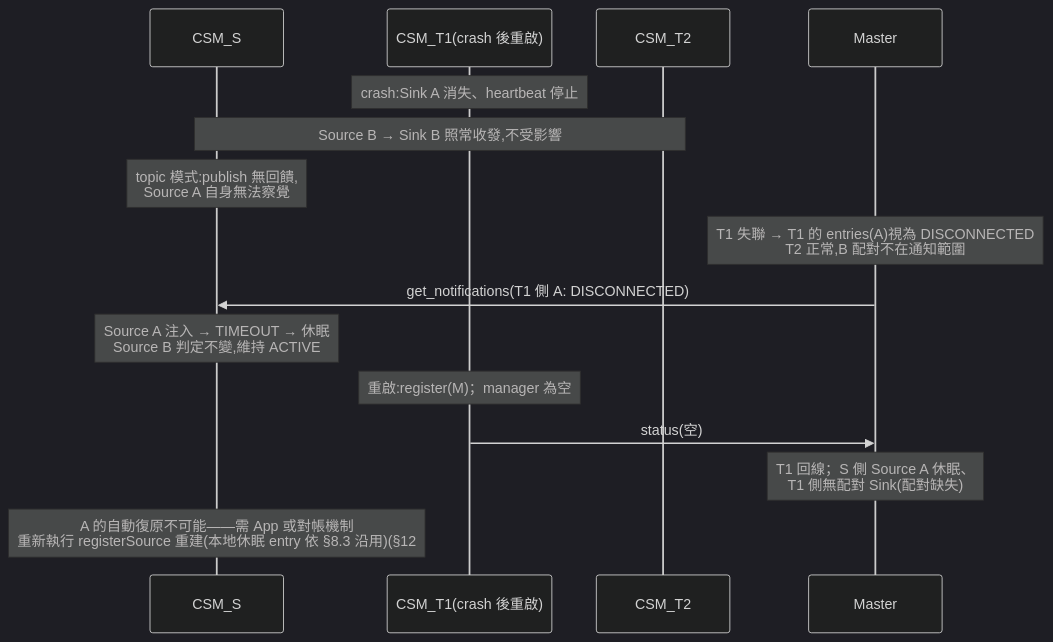
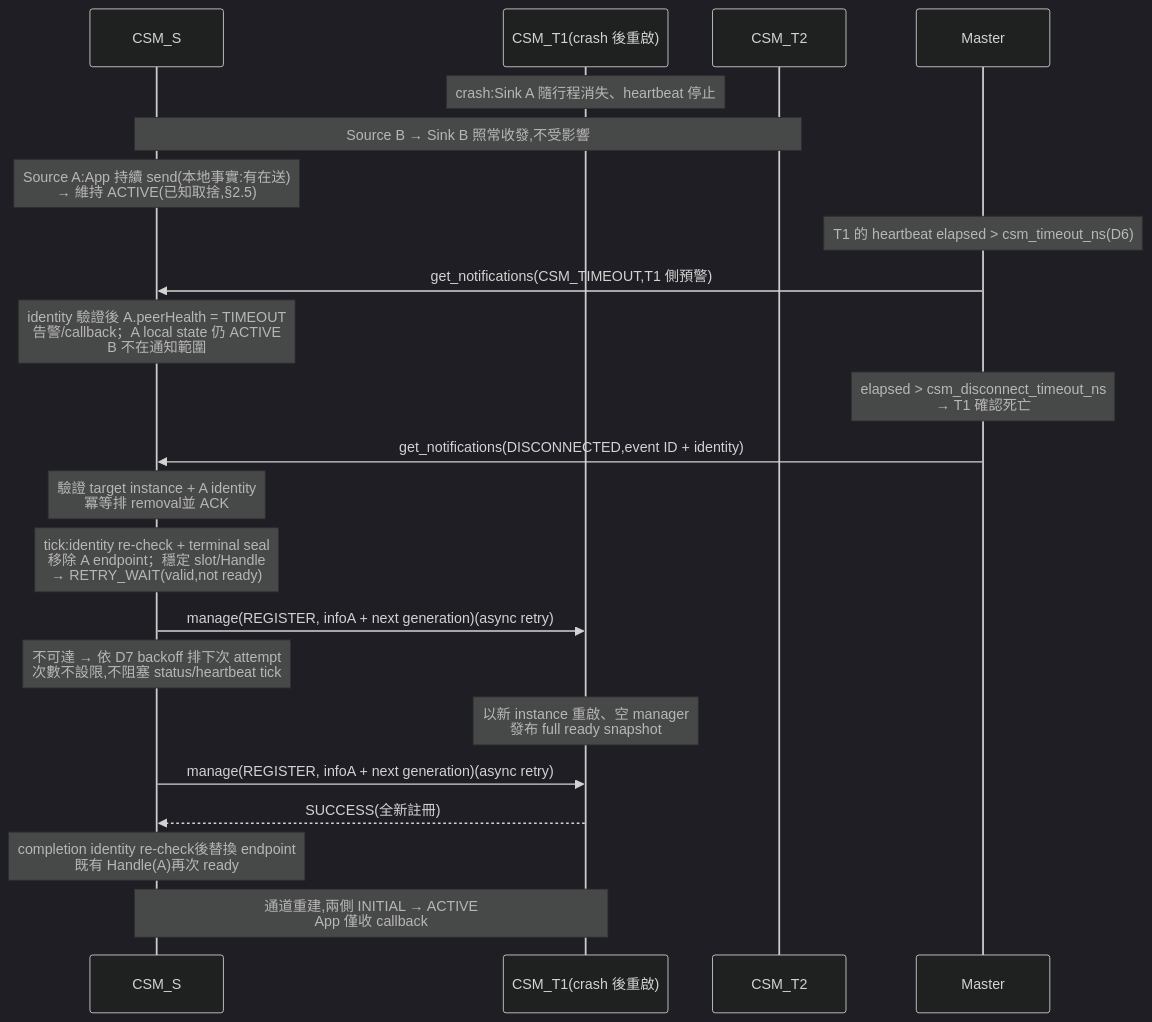
One commit to cocobird231/rv2_project changed diagram 17 of 43 in r1_design_draft.md. Above: the diagram before and after it, drawn with Mermaid (dark theme). The commit also changed other lines of this file and 1 other file, not shown here.

Commit message:
docs: integrate timeout and disconnect design v1.1.0

````diff
--- a/r1_design_draft.md
+++ b/r1_design_draft.md
@@ -1766,19 +2522,27 @@
 ```mermaid
 sequenceDiagram
     participant S as CSM_S
     participant T1 as CSM_T1(crash 後重啟)
     participant T2 as CSM_T2
     participant M as Master
 
-    Note over T1: crash:Sink A 消失、heartbeat 停止
+    Note over T1: crash:Sink A 隨行程消失、heartbeat 停止
     Note over S,T2: Source B → Sink B 照常收發,不受影響
-    Note over S: topic 模式:publish 無回饋,<br/>Source A 自身無法察覺
-    Note over M: T1 失聯 → T1 的 entries(A)視為 DISCONNECTED<br/>T2 正常,B 配對不在通知範圍
-    M->>S: get_notifications(T1 側 A: DISCONNECTED)
-    Note over S: Source A 注入 → TIMEOUT → 休眠<br/>Source B 判定不變,維持 ACTIVE
+    Note over S: Source A:App 持續 send(本地事實:有在送)<br/>→ 維持 ACTIVE(已知取捨,§2.5)
+    Note over M: T1 的 heartbeat elapsed > csm_timeout_ns(D6)
+    M->>S: get_notifications(CSM_TIMEOUT,T1 側預警)
+    Note over S: identity 驗證後 A.peerHealth = TIMEOUT<br/>告警/callback；A local state 仍 ACTIVE<br/>B 不在通知範圍
 
-    Note over T1: 重啟:register(M)；manager 為空
-    T1->>M: status(空)
-    Note over M: T1 回線；S 側 Source A 休眠、<br/>T1 側無配對 Sink(配對缺失)
-    Note over S: A 的自動復原不可能——需 App 或對帳機制<br/>重新執行 registerSource 重建(本地休眠 entry 依 §8.3 沿用)(§12 #3)
+    Note over M: elapsed > csm_disconnect_timeout_ns<br/>→ T1 確認死亡
+    M->>S: get_notifications(DISCONNECTED,event ID + identity)
+    Note over S: 驗證 target instance + A identity<br/>冪等排 removal並 ACK
+    Note over S: tick:identity re-check + terminal seal<br/>移除 A endpoint；穩定 slot/Handle<br/>→ RETRY_WAIT(valid,not ready)
+
+    S->>T1: manage(REGISTER, infoA + next generation)(async retry)
+    Note over S: 不可達 → 依 D7 backoff 排下次 attempt<br/>次數不設限,不阻塞 status/heartbeat tick
+    Note over T1: 以新 instance 重啟、空 manager<br/>發布 full ready snapshot
+    S->>T1: manage(REGISTER, infoA + next generation)(async retry)
+    T1-->>S: SUCCESS(全新註冊)
+    Note over S: completion identity re-check後替換 endpoint<br/>既有 Handle(A)再次 ready
+    Note over S,T1: 通道重建,兩側 INITIAL → ACTIVE<br/>App 僅收 callback
 ```
````
